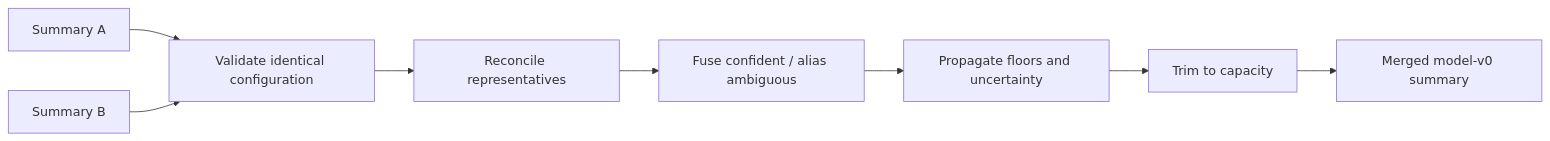
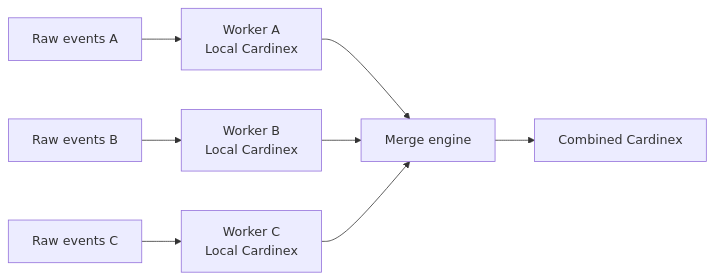
Before and after one commit to dippendicular/cardinex: the third of 3 diagrams in README.md, drawn with Mermaid. The commit also changed other lines of this file, not shown here.

````diff
--- a/README.md
+++ b/README.md
@@ -146,10 +299,10 @@
 ```mermaid
 flowchart LR
-    A[Summary A] --> C[Validate identical configuration]
-    B[Summary B] --> C
-    C --> R[Reconcile representatives]
-    R --> F[Fuse confident / alias ambiguous]
-    F --> U[Propagate floors and uncertainty]
-    U --> T[Trim to capacity]
-    T --> M[Merged model-v0 summary]
+    RA[Raw events A] --> WA[Worker A\nLocal Cardinex]
+    RB[Raw events B] --> WB[Worker B\nLocal Cardinex]
+    RC[Raw events C] --> WC[Worker C\nLocal Cardinex]
+    WA --> M[Merge engine]
+    WB --> M
+    WC --> M
+    M --> CS[Combined Cardinex]
 ```
````
